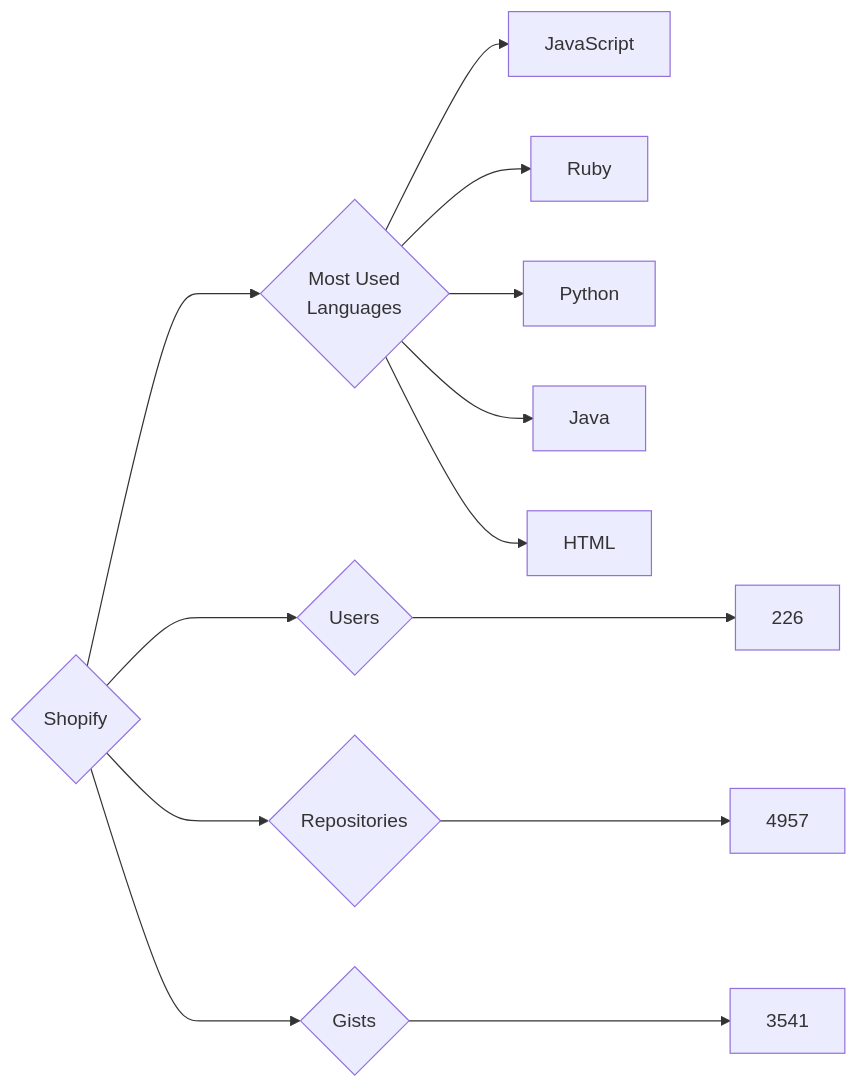
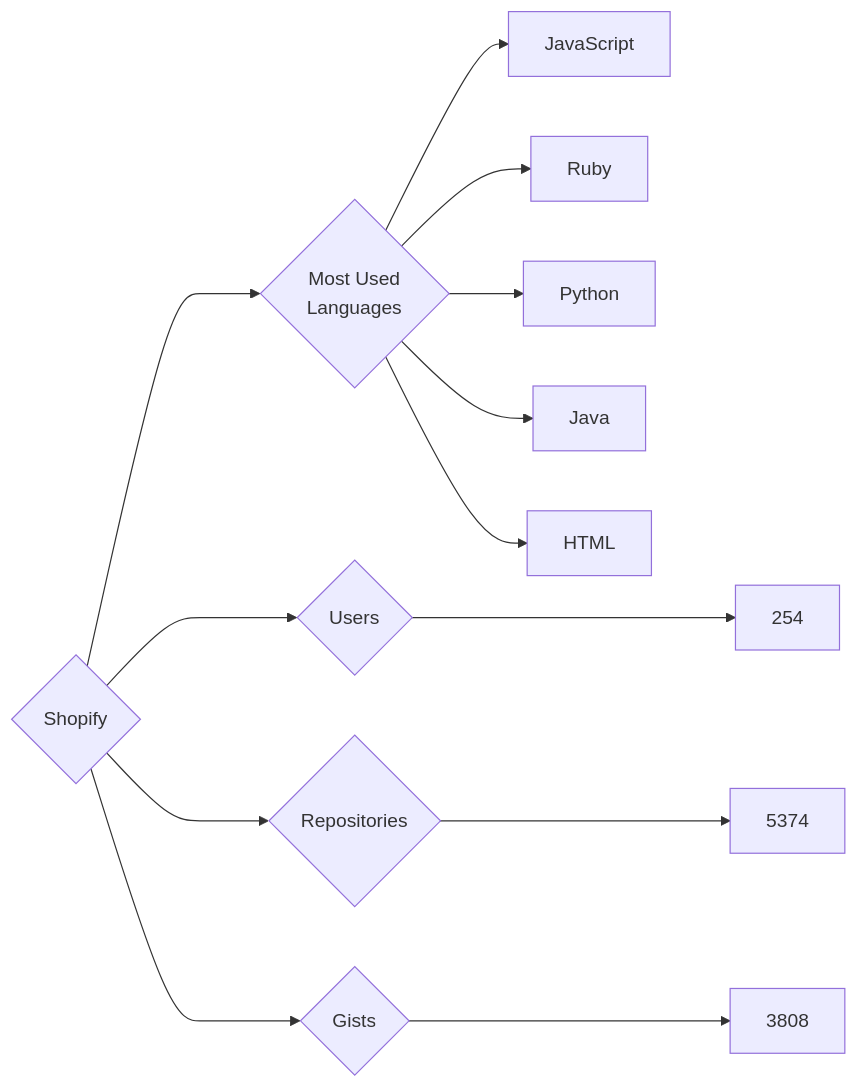
One commit to trickest/insiders changed the diagram in targets/Shopify/README.md. Above: the diagram before and after it, drawn with Mermaid. The commit also changed 995 other files, not shown here.

````diff
--- a/targets/Shopify/README.md
+++ b/targets/Shopify/README.md
@@ -3,13 +3,13 @@
 ```mermaid
 graph LR
 COMPANY_NAME{Shopify}
-COMPANY_NAME ---> U{Users} ---> UN[226]
-COMPANY_NAME ---> R{Repositories} ---> RN[4957]
-COMPANY_NAME ---> G{Gists} ---> GN[3541]
+COMPANY_NAME ---> U{Users} ---> UN[254]
+COMPANY_NAME ---> R{Repositories} ---> RN[5374]
+COMPANY_NAME ---> G{Gists} ---> GN[3808]
 COMPANY_NAME ---> ML{Most Used<br>Languages}
 ML --> JavaScript[JavaScript]
 ML --> Ruby[Ruby]
 ML --> Python[Python]
 ML --> Java[Java]
 ML --> HTML[HTML]
 ```
````
